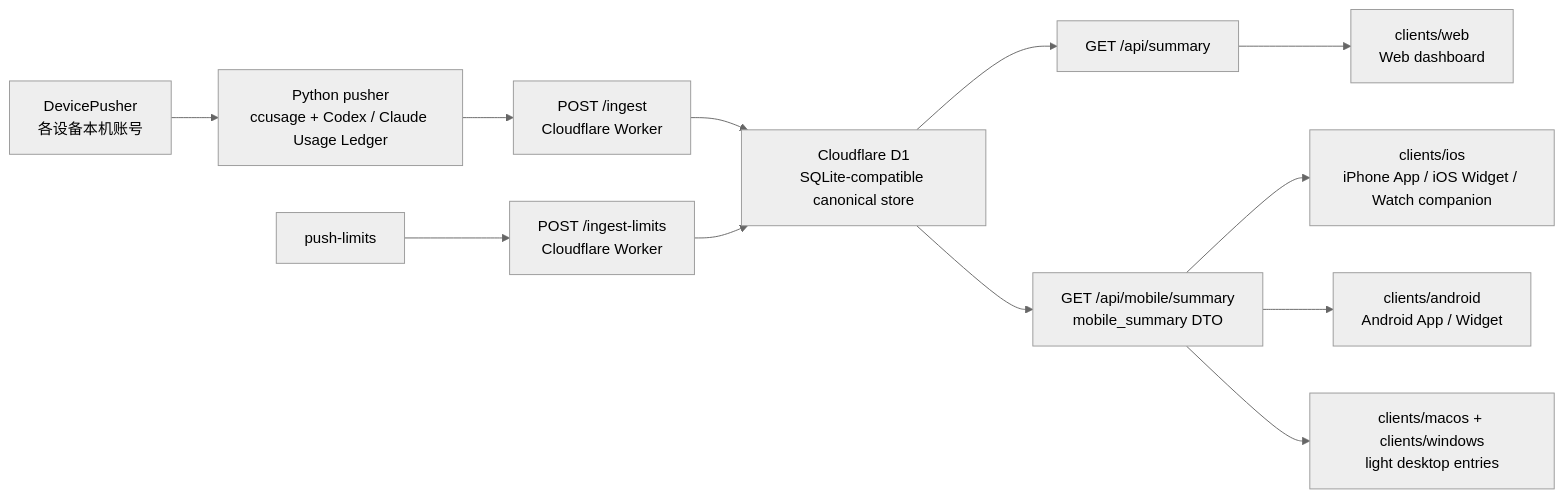
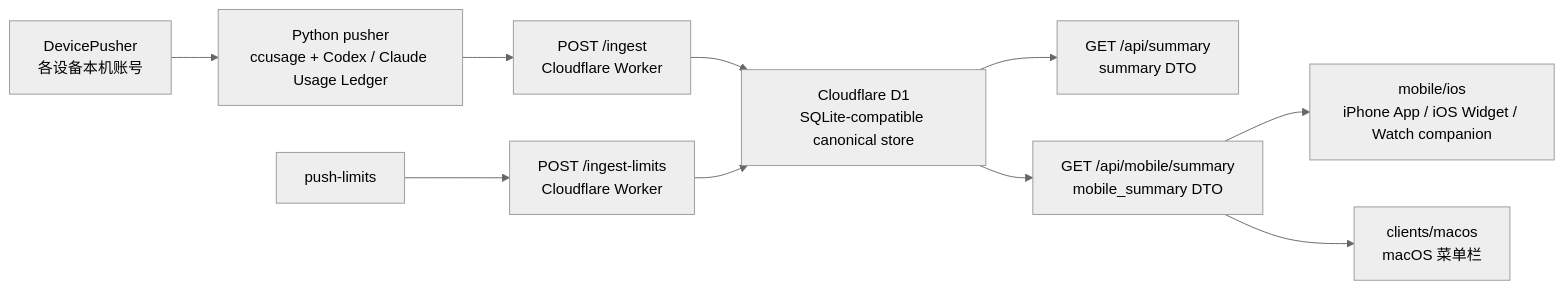
Before and after one commit to Moshuiwang/aiusage: the diagram in docs/architecture/architecture.md, drawn with Mermaid (neutral theme). The commit also changed other lines of this file and 39 other files, not shown here.

````diff
--- a/docs/architecture/architecture.md
+++ b/docs/architecture/architecture.md
@@ -22,14 +22,12 @@
 ```mermaid
 flowchart LR
     device["DevicePusher<br/>各设备本机账号"] --> collect["Python pusher<br/>ccusage + Codex / Claude Usage Ledger"]
     collect --> ingest["POST /ingest<br/>Cloudflare Worker"]
     limits["push-limits"] --> ingestLimits["POST /ingest-limits<br/>Cloudflare Worker"]
     ingest --> d1["Cloudflare D1<br/>SQLite-compatible canonical store"]
     ingestLimits --> d1
-    d1 --> webApi["GET /api/summary"]
+    d1 --> summaryApi["GET /api/summary<br/>summary DTO"]
     d1 --> mobileApi["GET /api/mobile/summary<br/>mobile_summary DTO"]
-    webApi --> dashboard["clients/web<br/>Web dashboard"]
-    mobileApi --> iphone["clients/ios<br/>iPhone App / iOS Widget / Watch companion"]
-    mobileApi --> android["clients/android<br/>Android App / Widget"]
-    mobileApi --> desktop["clients/macos + clients/windows<br/>light desktop entries"]
+    mobileApi --> iphone["mobile/ios<br/>iPhone App / iOS Widget / Watch companion"]
+    mobileApi --> mac["clients/macos<br/>macOS 菜单栏"]
 ```
````
